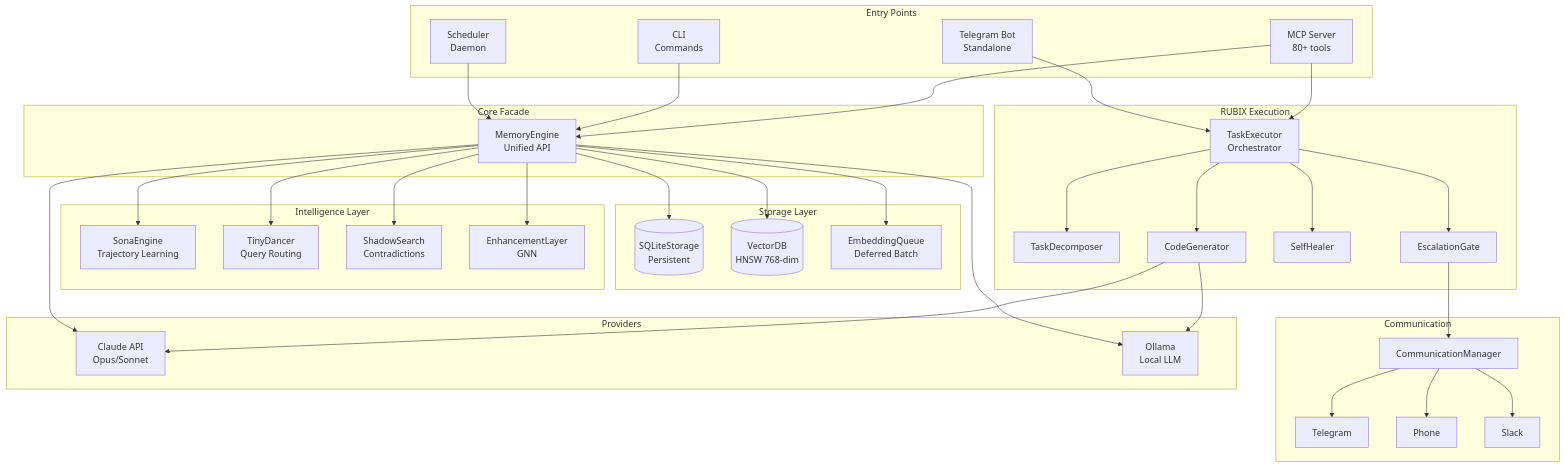
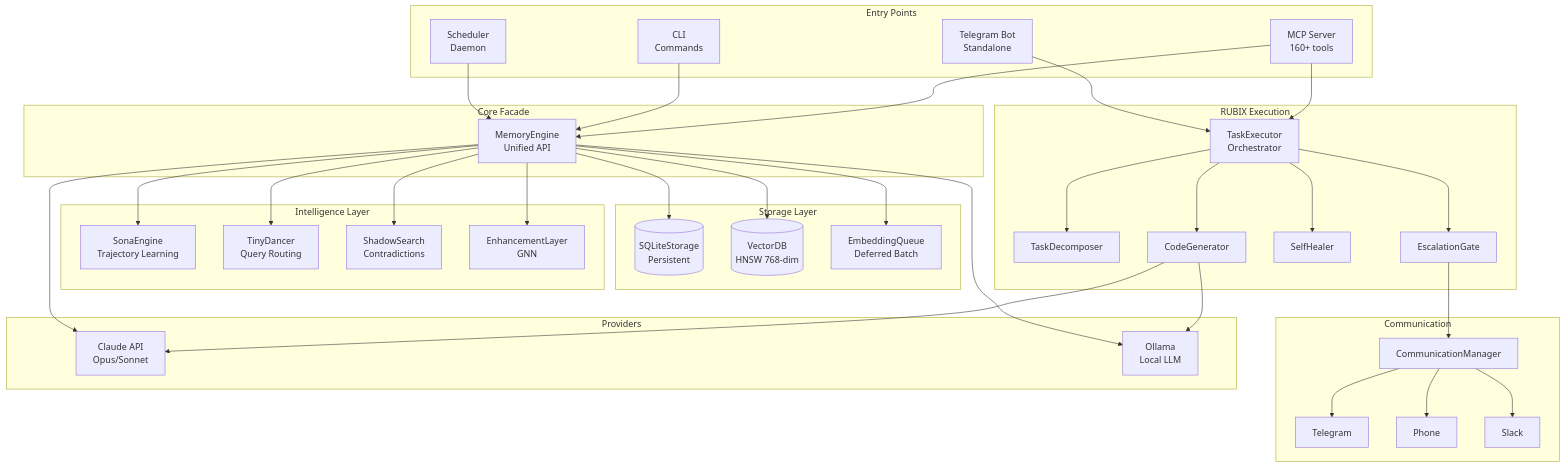
Before and after one commit to BobbyRuby/rubix-protocol: the first of 2 diagrams in docs/flowcharts/system-architecture.md, drawn with Mermaid. The commit also changed other lines of this file and 44 other files, not shown here.

````diff
--- a/docs/flowcharts/system-architecture.md
+++ b/docs/flowcharts/system-architecture.md
@@ -7,75 +7,75 @@
 ```mermaid
 graph TB
     subgraph "Entry Points"
-        MCP[MCP Server<br/>80+ tools]
+        MCP[MCP Server<br/>160+ tools]
         CLI[CLI<br/>Commands]
         TG[Telegram Bot<br/>Standalone]
         SCHED[Scheduler<br/>Daemon]
     end
 
     subgraph "Core Facade"
         ME[MemoryEngine<br/>Unified API]
     end
 
     subgraph "Storage Layer"
         SQL[(SQLiteStorage<br/>Persistent)]
         HNSW[(VectorDB<br/>HNSW 768-dim)]
         EQ[EmbeddingQueue<br/>Deferred Batch]
     end
 
     subgraph "Intelligence Layer"
         SONA[SonaEngine<br/>Trajectory Learning]
         TD[TinyDancer<br/>Query Routing]
         SS[ShadowSearch<br/>Contradictions]
         GNN[EnhancementLayer<br/>GNN]
     end
 
     subgraph "RUBIX Execution"
         TE[TaskExecutor<br/>Orchestrator]
         TD2[TaskDecomposer]
         CG[CodeGenerator]
         SH[SelfHealer]
         EG[EscalationGate]
     end
 
     subgraph "Communication"
         CM[CommunicationManager]
         TGC[Telegram]
         PHN[Phone]
         SLK[Slack]
     end
 
     subgraph "Providers"
         CLAUDE[Claude API<br/>Opus/Sonnet]
         OLLAMA[Ollama<br/>Local LLM]
     end
 
     MCP --> ME
     MCP --> TE
     CLI --> ME
     TG --> TE
     SCHED --> ME
 
     ME --> SQL
     ME --> HNSW
     ME --> EQ
     ME --> SONA
     ME --> TD
     ME --> SS
     ME --> GNN
 
     TE --> TD2
     TE --> CG
     TE --> SH
     TE --> EG
     EG --> CM
 
     CM --> TGC
     CM --> PHN
     CM --> SLK
 
     CG --> CLAUDE
     CG --> OLLAMA
     ME --> CLAUDE
     ME --> OLLAMA
 ```
````
